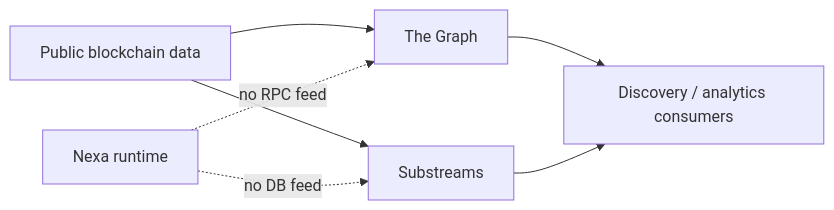
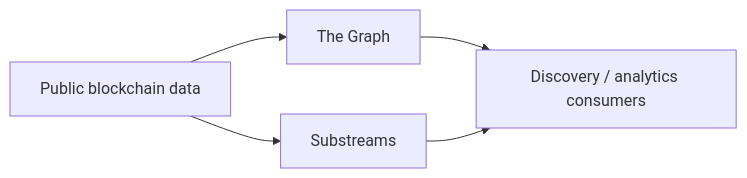
The third of 3 diagrams in docs/architecture.md (VihanA42425D/nexa-solver-integration), drawn with Mermaid before and after one commit. The commit also changed other lines of this file and 22 other files, not shown here.

````diff
--- a/docs/architecture.md
+++ b/docs/architecture.md
@@ -51,10 +50,8 @@
 ```mermaid
 flowchart LR
     CH[Public blockchain data] --> GP[The Graph]
     CH --> SS[Substreams]
     GP --> D[Discovery / analytics consumers]
     SS --> D
 
-    NX[Nexa runtime] -. no RPC feed .-> GP
-    NX -. no DB feed .-> SS
 ```
````
